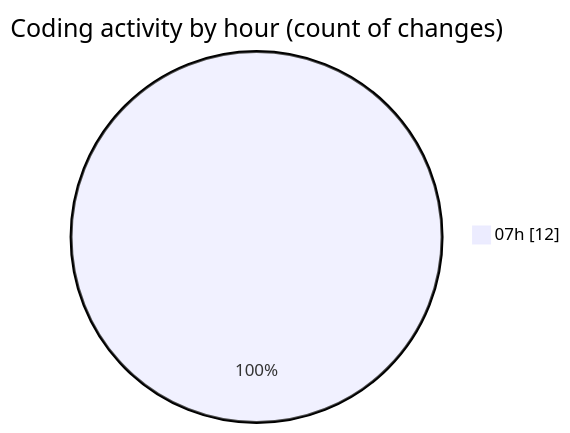
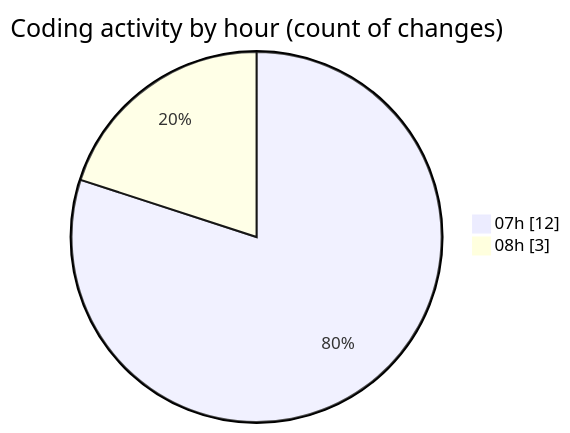
Before and after one commit to seballot/code-tracking: the second of 2 diagrams in 2025-06-19/app__container_registration-app__calm-app__/README.md, drawn with Mermaid. The commit also changed other lines of this file and 1 other file, not shown here.

````diff
--- a/2025-06-19/app__container_registration-app__calm-app__/README.md
+++ b/2025-06-19/app__container_registration-app__calm-app__/README.md
@@ -31,5 +33,6 @@
 ```mermaid
 pie showData
 title Coding activity by hour (count of changes)
 "07h" : 12
+"08h" : 3
 ```
````
